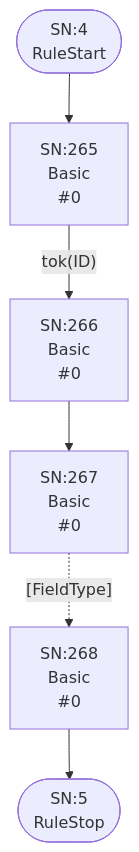
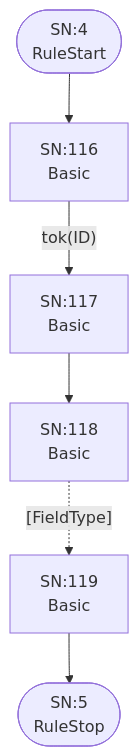
The third of 25 diagrams in internal/grammar/atn.md (TypeFox/fastbelt), drawn with Mermaid before and after one commit. The commit also changed other lines of this file and 7 other files, not shown here.

````diff
--- a/internal/grammar/atn.md
+++ b/internal/grammar/atn.md
@@ -118,15 +118,15 @@
 ```mermaid
 flowchart TD
     q4(["SN:4<br/>RuleStart"])
     q5(["SN:5<br/>RuleStop"])
-    q265["SN:265<br/>Basic<br/> #0"]
-    q266["SN:266<br/>Basic<br/> #0"]
-    q267["SN:267<br/>Basic<br/> #0"]
-    q268["SN:268<br/>Basic<br/> #0"]
+    q116["SN:116<br/>Basic<br/>"]
+    q117["SN:117<br/>Basic<br/>"]
+    q118["SN:118<br/>Basic<br/>"]
+    q119["SN:119<br/>Basic<br/>"]
 
-    q4 --> q265
-    q265 -->|"tok(ID)"| q266
-    q266 --> q267
-    q267 -.->|"[FieldType]"| q268
-    q268 --> q5
+    q4 --> q116
+    q116 -->|"tok(ID)"| q117
+    q117 --> q118
+    q118 -.->|"[FieldType]"| q119
+    q119 --> q5
 ```
````
